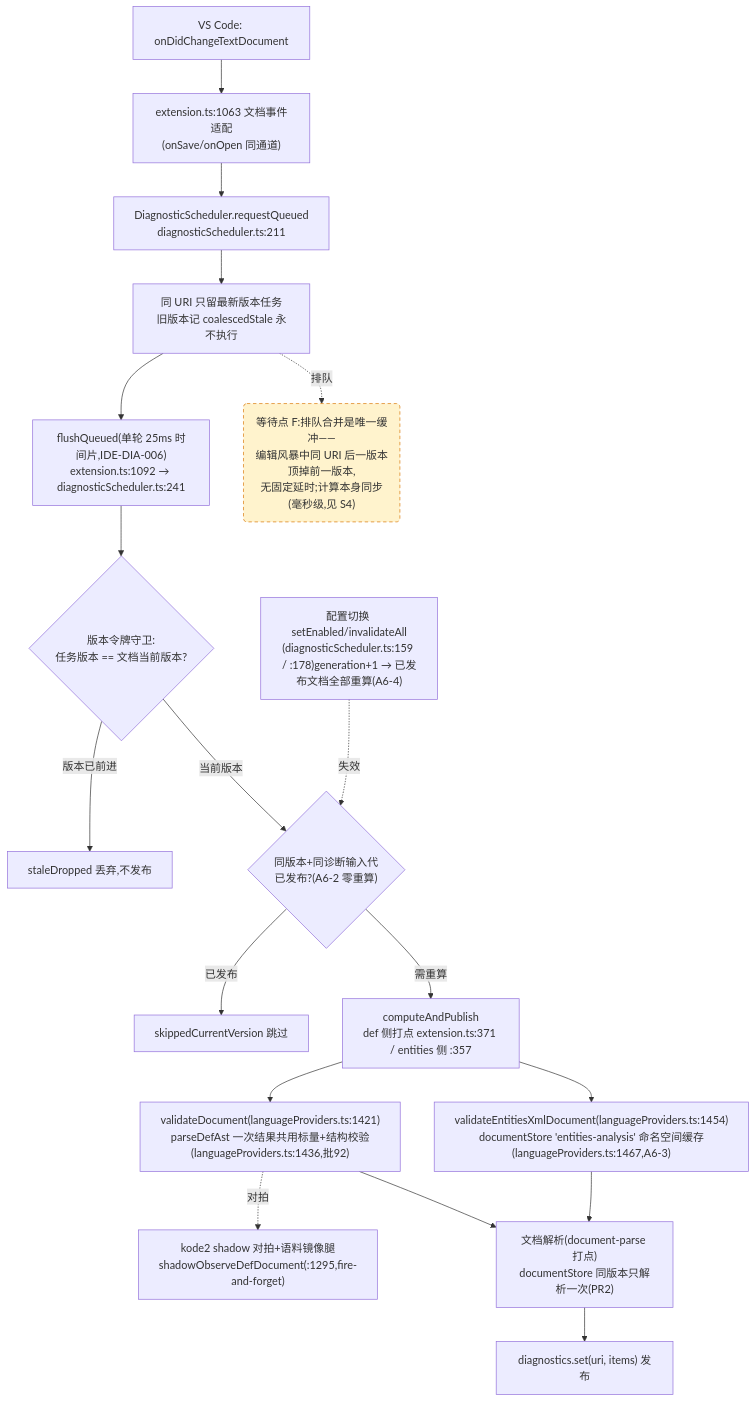
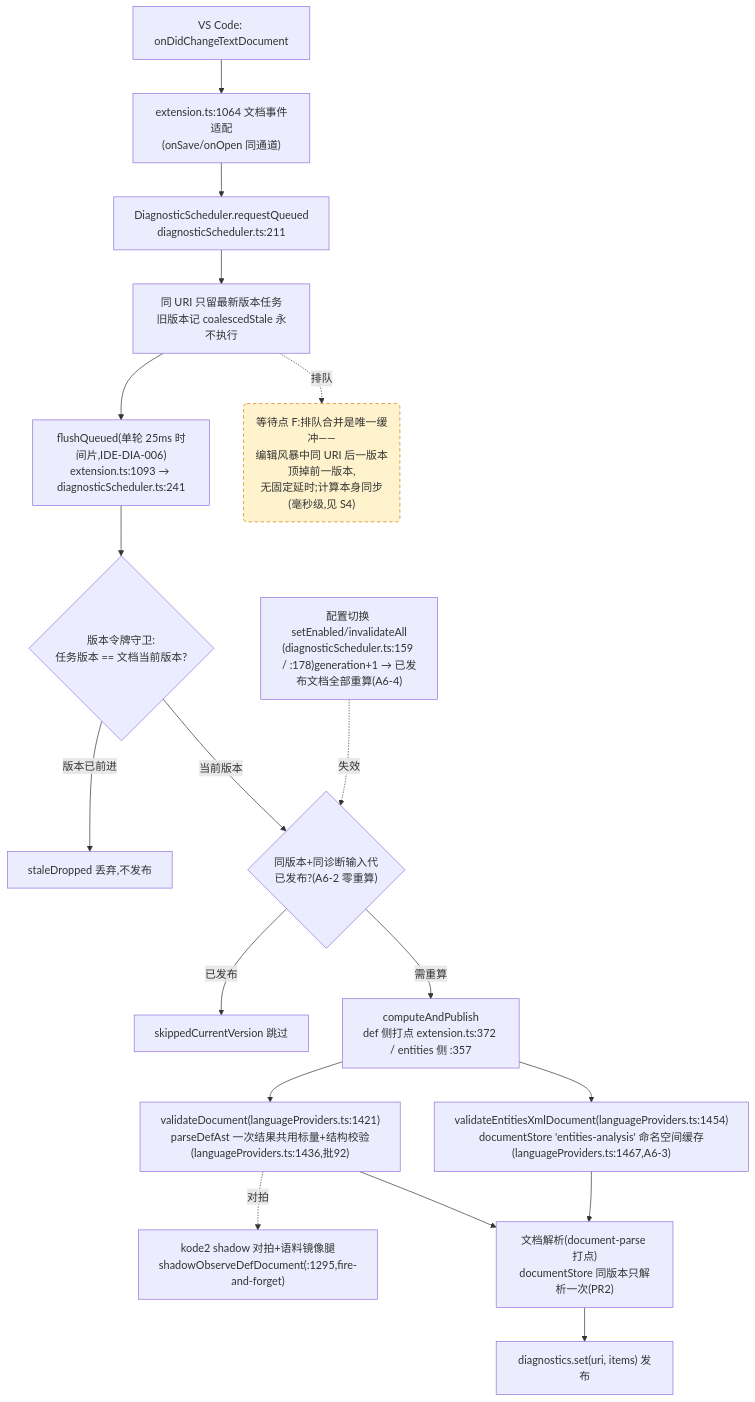
The fourth of 4 diagrams in docs/perf/2026-baseline.md (cuihairu/kode), drawn with Mermaid before and after one commit. The commit also changed other lines of this file and 9 other files, not shown here.

````diff
--- a/docs/perf/2026-baseline.md
+++ b/docs/perf/2026-baseline.md
@@ -214,38 +214,38 @@
 ```mermaid
 flowchart TD
   CHG["VS Code: onDidChangeTextDocument"]
-  WATCH["extension.ts:1063 文档事件适配<br/>(onSave/onOpen 同通道)"]
+  WATCH["extension.ts:1064 文档事件适配<br/>(onSave/onOpen 同通道)"]
   RQ["DiagnosticScheduler.requestQueued<br/>diagnosticScheduler.ts:211"]
   CO["同 URI 只留最新版本任务<br/>旧版本记 coalescedStale 永不执行"]
-  FL["flushQueued(单轮 25ms 时间片,IDE-DIA-006)<br/>extension.ts:1092 → diagnosticScheduler.ts:241"]
+  FL["flushQueued(单轮 25ms 时间片,IDE-DIA-006)<br/>extension.ts:1093 → diagnosticScheduler.ts:241"]
   VG{"版本令牌守卫:<br/>任务版本 == 文档当前版本?"}
   DROP["staleDropped 丢弃,不发布"]
   GEN{"同版本+同诊断输入代<br/>已发布?(A6-2 零重算)"}
   SKIP["skippedCurrentVersion 跳过"]
-  CALC["computeAndPublish<br/>def 侧打点 extension.ts:371 / entities 侧 :357"]
+  CALC["computeAndPublish<br/>def 侧打点 extension.ts:372 / entities 侧 :357"]
   VD["validateDocument(languageProviders.ts:1421)<br/>parseDefAst 一次结果共用标量+结构校验(languageProviders.ts:1436,批92)"]
   VEX["validateEntitiesXmlDocument(languageProviders.ts:1454)<br/>documentStore 'entities-analysis' 命名空间缓存(languageProviders.ts:1467,A6-3)"]
   SHDD["kode2 shadow 对拍+语料镜像腿<br/>shadowObserveDefDocument(:1295,fire-and-forget)"]
   DS["文档解析(document-parse 打点)<br/>documentStore 同版本只解析一次(PR2)"]
   PUB["diagnostics.set(uri, items) 发布"]
   CFG2["配置切换 setEnabled/invalidateAll<br/>(diagnosticScheduler.ts:159 / :178)generation+1 → 已发布文档全部重算(A6-4)"]
 
   CHG --> WATCH --> RQ --> CO --> FL --> VG
   VG -- "版本已前进" --> DROP
   VG -- "当前版本" --> GEN
   GEN -- "已发布" --> SKIP
   GEN -- "需重算" --> CALC
   CALC --> VD
   CALC --> VEX
   VD --> DS
   VEX --> DS
   DS --> PUB
   VD -.->|对拍| SHDD
   CFG2 -.->|失效| GEN
 
   WAITF("等待点 F:排队合并是唯一缓冲——<br/>编辑风暴中同 URI 后一版本顶掉前一版本,<br/>无固定延时;计算本身同步(毫秒级,见 S4)")
   CO -.->|排队| WAITF
 
   classDef waitPoint fill:#fff3cd,stroke:#d97706,stroke-dasharray:5 4;
   class WAITF waitPoint;
 ```
````
